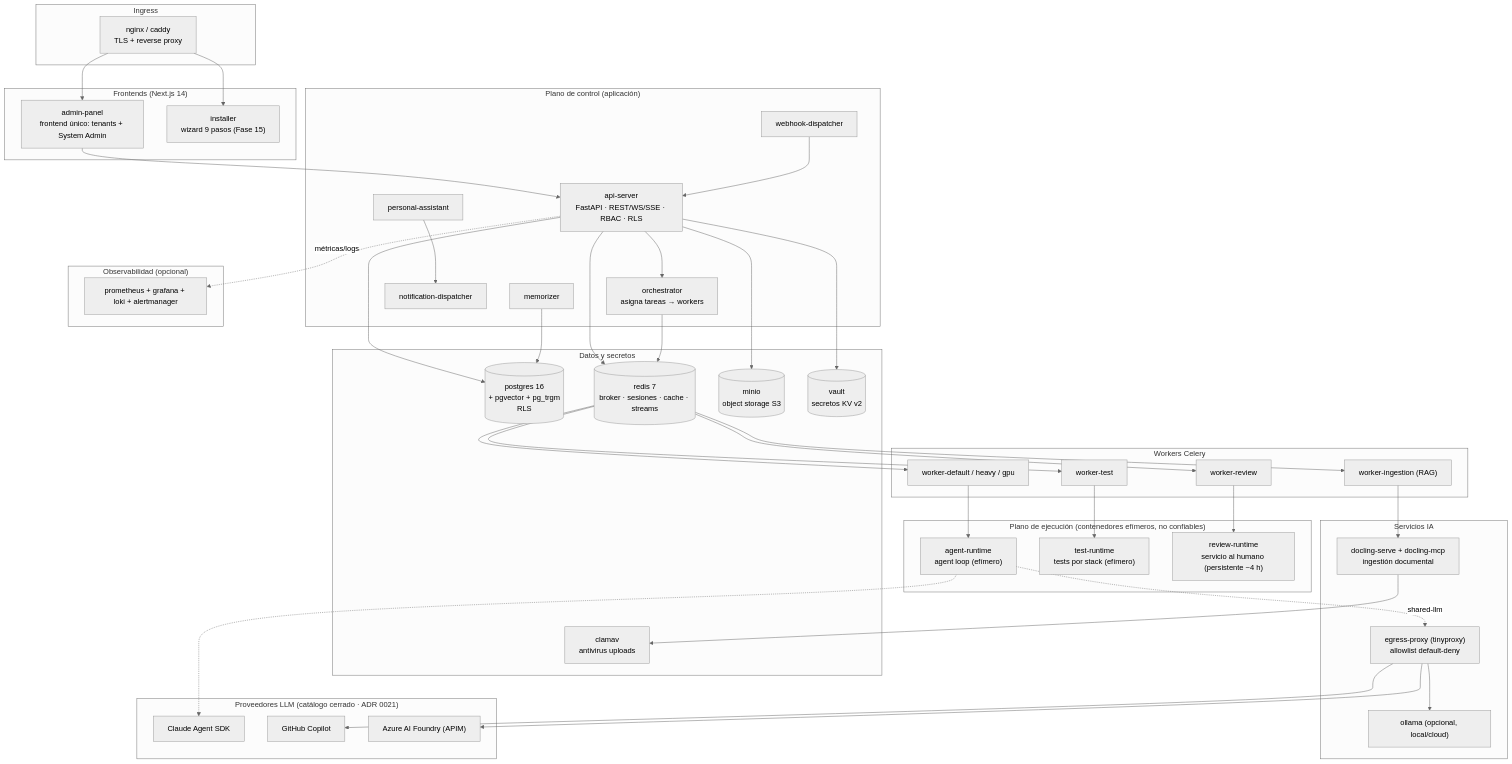
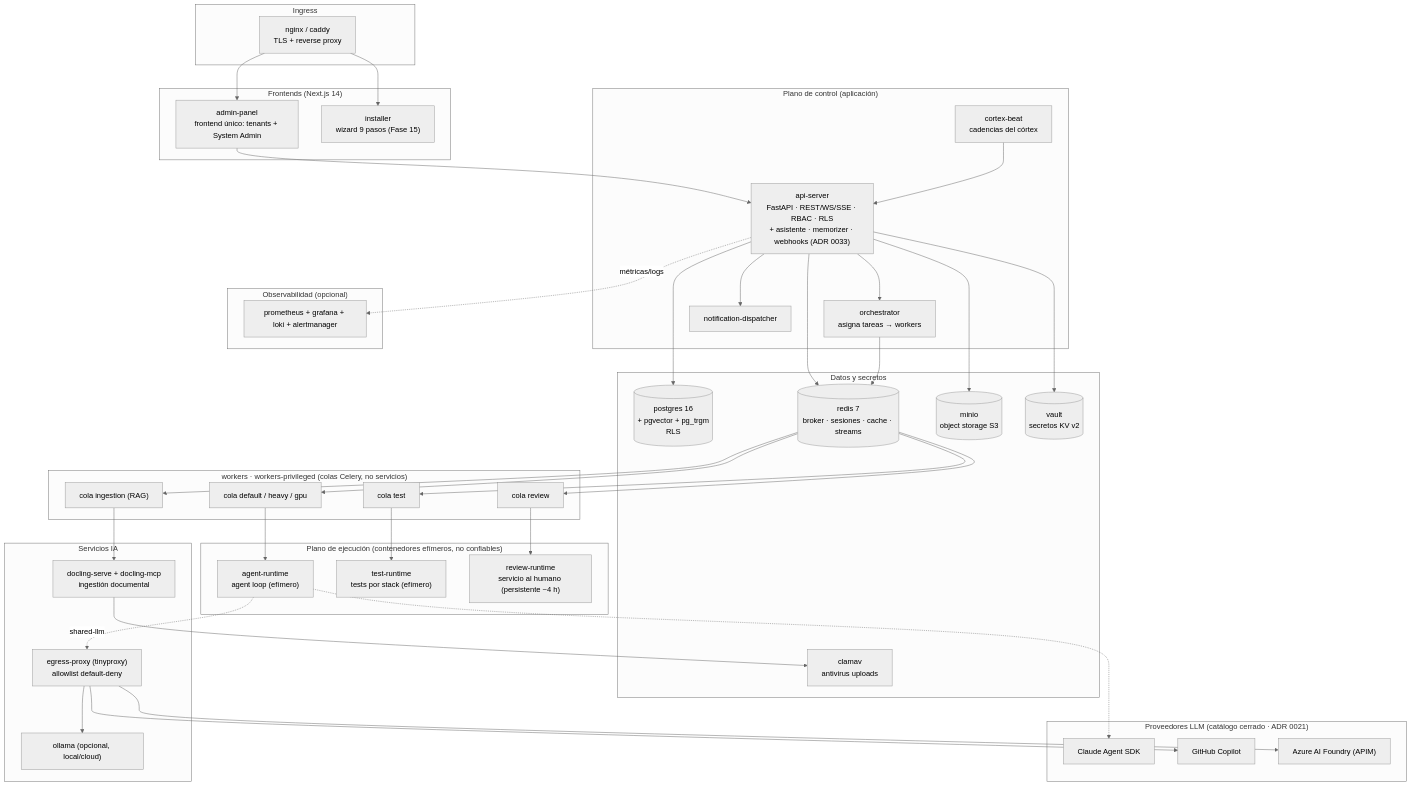
The first of 4 diagrams in docs/context/architecture-overview.md (daycry/agent-ai-multitenant), drawn with Mermaid (neutral theme) before and after one commit. The commit also changed other lines of this file and 200 other files, not shown here.

First line of the commit message:
feat(prod-13,prod-15,prod-16,prod-07,prod-09): índices y bloqueos del event loop, gobernanza del roadmap, i18n del panel y cierre de la pila JOSE

````diff
--- a/docs/context/architecture-overview.md
+++ b/docs/context/architecture-overview.md
@@ -25,76 +25,73 @@
 ```mermaid
 flowchart TB
     subgraph ingress["Ingress"]
         NGINX["nginx / caddy<br/>TLS + reverse proxy"]
     end
 
     subgraph frontends["Frontends (Next.js 14)"]
         ADMIN["admin-panel<br/>frontend único: tenants + System Admin"]
         INSTALLER["installer<br/>wizard 9 pasos (Fase 15)"]
     end
 
     subgraph app["Plano de control (aplicación)"]
-        API["api-server<br/>FastAPI · REST/WS/SSE · RBAC · RLS"]
+        API["api-server<br/>FastAPI · REST/WS/SSE · RBAC · RLS<br/>+ asistente · memorizer · webhooks (ADR 0033)"]
         ORCH["orchestrator<br/>asigna tareas → workers"]
-        PA["personal-assistant"]
         ND["notification-dispatcher"]
-        WD["webhook-dispatcher"]
-        MEM["memorizer"]
+        BEAT["cortex-beat<br/>cadencias del córtex"]
     end
 
-    subgraph workers["Workers Celery"]
-        WDEF["worker-default / heavy / gpu"]
-        WING["worker-ingestion (RAG)"]
-        WTEST["worker-test"]
-        WREV["worker-review"]
+    subgraph workers["workers · workers-privileged (colas Celery, no servicios)"]
+        WDEF["cola default / heavy / gpu"]
+        WING["cola ingestion (RAG)"]
+        WTEST["cola test"]
+        WREV["cola review"]
     end
 
     subgraph runtimes["Plano de ejecución (contenedores efímeros, no confiables)"]
         AR["agent-runtime<br/>agent loop (efímero)"]
         TR["test-runtime<br/>tests por stack (efímero)"]
         RR["review-runtime<br/>servicio al humano (persistente ~4 h)"]
     end
 
     subgraph data["Datos y secretos"]
         PG[("postgres 16<br/>+ pgvector + pg_trgm<br/>RLS")]
         REDIS[("redis 7<br/>broker · sesiones · cache · streams")]
         MINIO[("minio<br/>object storage S3")]
         VAULT[("vault<br/>secretos KV v2")]
         CLAMAV["clamav<br/>antivirus uploads"]
     end
 
     subgraph ai["Servicios IA"]
         DOCLING["docling-serve + docling-mcp<br/>ingestión documental"]
         OLLAMA["ollama (opcional, local/cloud)"]
         EGRESS["egress-proxy (tinyproxy)<br/>allowlist default-deny"]
     end
 
     subgraph llm["Proveedores LLM (catálogo cerrado · ADR 0021)"]
         CLAUDE["Claude Agent SDK"]
         COPILOT["GitHub Copilot"]
         AZURE["Azure AI Foundry (APIM)"]
     end
 
     subgraph obs["Observabilidad (opcional)"]
         PROM["prometheus + grafana + loki + alertmanager"]
     end
 
     NGINX --> ADMIN & INSTALLER
     ADMIN --> API
     API --> PG & REDIS & MINIO & VAULT
     API --> ORCH
     ORCH --> REDIS
     REDIS --> WDEF & WING & WTEST & WREV
     WDEF --> AR
     WTEST --> TR
     WREV --> RR
     WING --> DOCLING
     AR -. shared-llm .-> EGRESS
     EGRESS --> AZURE & COPILOT & OLLAMA
     AR -.-> CLAUDE
-    PA --> ND
-    WD --> API
-    MEM --> PG
+    API --> ND
+    BEAT --> API
     API -. métricas/logs .-> PROM
     DOCLING --> CLAMAV
 ```
````
